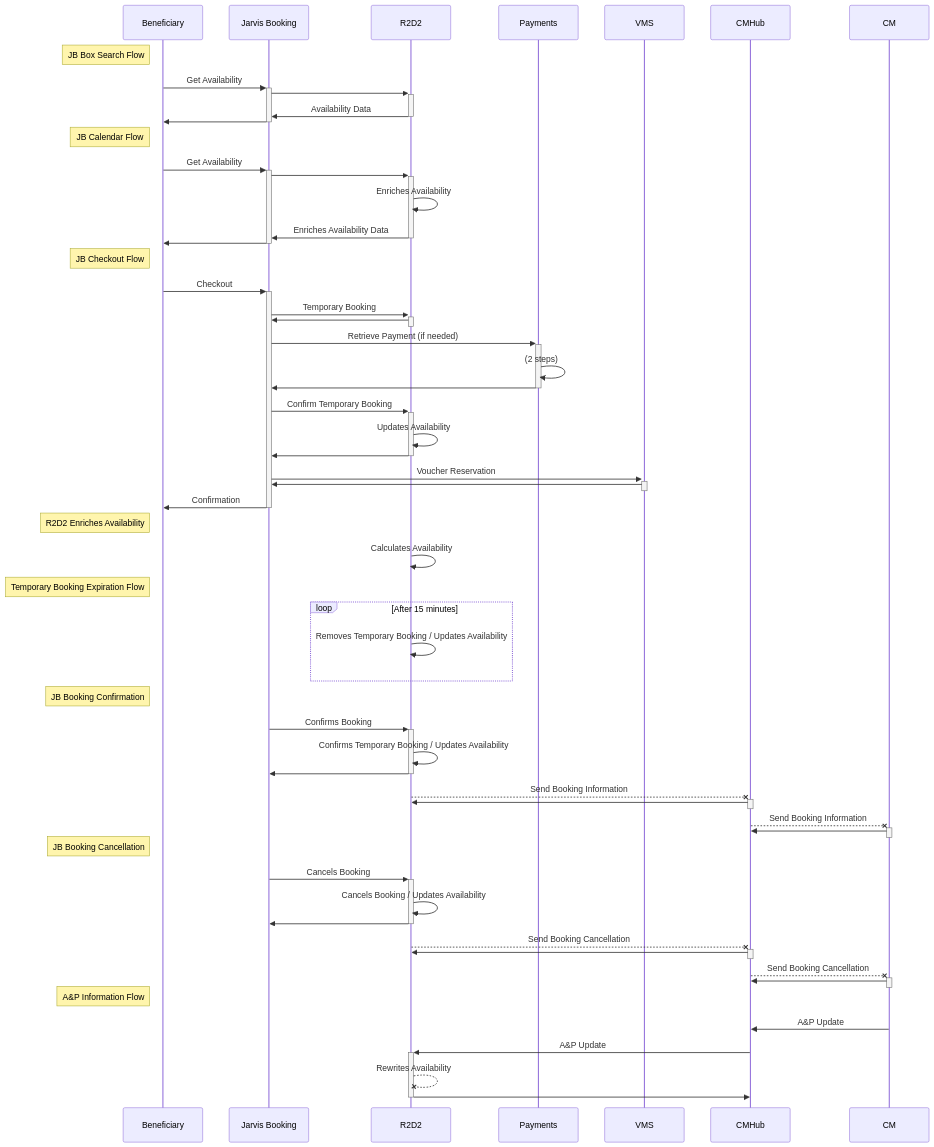
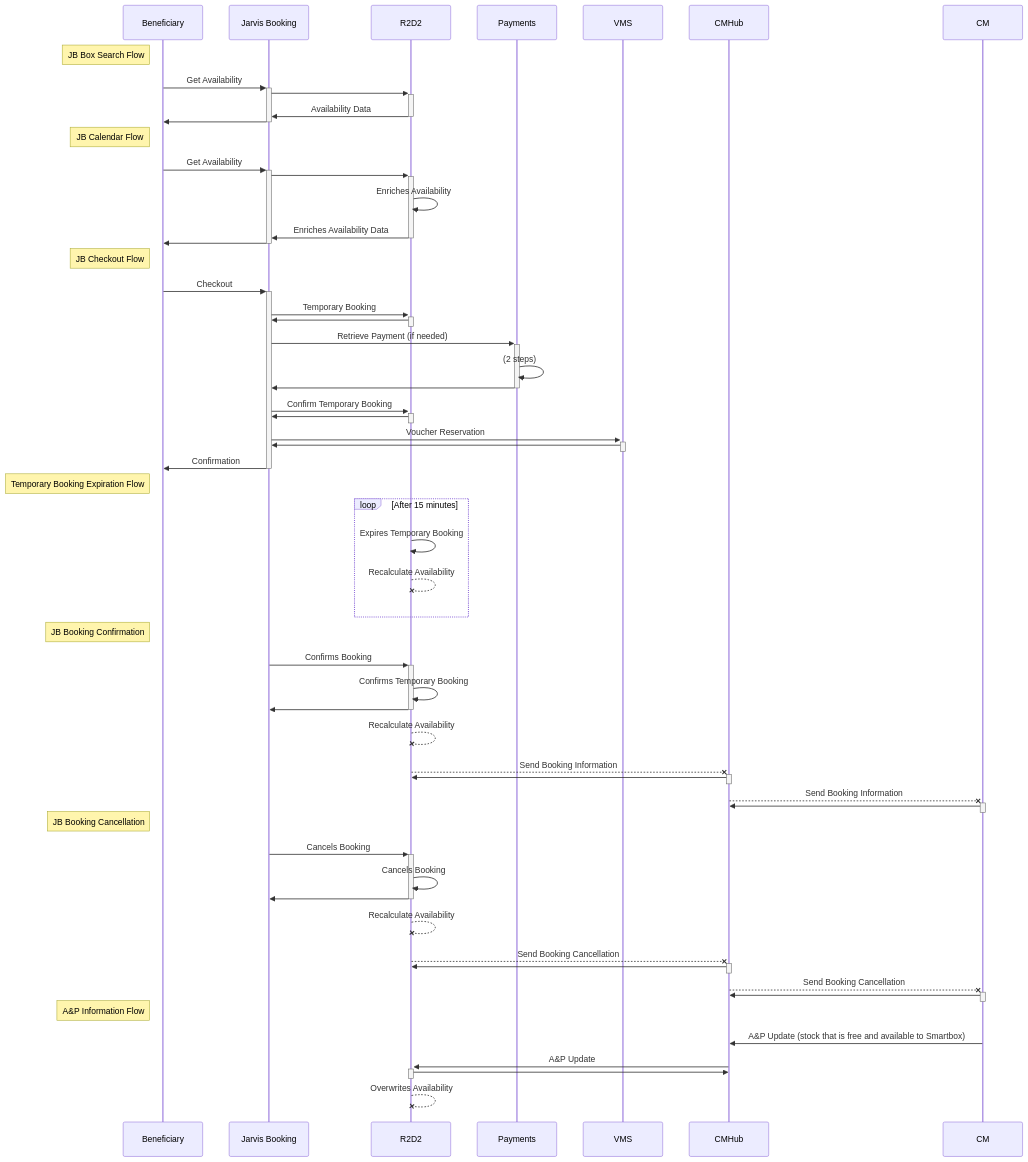
One commit to xwind1999/r2d2 changed the diagram in docs/architecture/diagram/high-level-sequence-diagram.mmd. Above: the diagram before and after it, drawn with Mermaid. The commit also changed 1 other file, not shown here.

Commit message:
No more direct connections between R2D2 and CMHub; No more sync flows for Rooms and Bookings between R2D2 and CMHub; Update flows; Reasons.

```diff
--- a/docs/architecture/diagram/high-level-sequence-diagram.mmd
+++ b/docs/architecture/diagram/high-level-sequence-diagram.mmd
@@ -1,60 +1,59 @@
 sequenceDiagram
 
 Note left of Beneficiary: JB Box Search Flow
   Beneficiary->>+Jarvis Booking: Get Availability;
   Jarvis Booking->>+R2D2: ;
   R2D2->>-Jarvis Booking: Availability Data;
   Jarvis Booking->>-Beneficiary: ;
 
 Note left of Beneficiary: JB Calendar Flow
   Beneficiary->>+Jarvis Booking: Get Availability;
   Jarvis Booking->>+R2D2: ;
   R2D2->>R2D2: Enriches Availability;
   R2D2->>-Jarvis Booking: Enriches Availability Data;
   Jarvis Booking->>-Beneficiary: ;
 
 Note left of Beneficiary: JB Checkout Flow
   Beneficiary->>+Jarvis Booking: Checkout;
   Jarvis Booking->>+R2D2: Temporary Booking;
   R2D2->>-Jarvis Booking: ;
   Jarvis Booking->>+Payments: Retrieve Payment (if needed);
   Payments->>Payments: (2 steps);
   Payments->>-Jarvis Booking: ;
   Jarvis Booking->>+R2D2: Confirm Temporary Booking;
-  R2D2->>R2D2: Updates Availability
   R2D2->>-Jarvis Booking: ;
   Jarvis Booking->>+VMS: Voucher Reservation;
   VMS->>-Jarvis Booking: ;
   Jarvis Booking->>-Beneficiary: Confirmation;
 
-Note left of Beneficiary: R2D2 Enriches Availability
-  R2D2->>R2D2: Calculates Availability;
-
 Note left of Beneficiary: Temporary Booking Expiration Flow
   loop After 15 minutes
-    R2D2->>R2D2: Removes Temporary Booking / Updates Availability;
+    R2D2->>R2D2: Expires Temporary Booking;
+    R2D2--xR2D2: Recalculate Availability;
   end
 
 Note left of Beneficiary: JB Booking Confirmation
   Jarvis Booking->>+R2D2: Confirms Booking
-  R2D2->>R2D2: Confirms Temporary Booking / Updates Availability;
+  R2D2->>R2D2: Confirms Temporary Booking;
   R2D2->>-Jarvis Booking: ;
+  R2D2--xR2D2: Recalculate Availability;
   R2D2--x+CMHub: Send Booking Information
   CMHub->>-R2D2: ;
   CMHub--x+CM: Send Booking Information;
   CM->>-CMHub: ;
 
 Note left of Beneficiary: JB Booking Cancellation
   Jarvis Booking->>+R2D2: Cancels Booking
-  R2D2->>R2D2: Cancels Booking / Updates Availability;
+  R2D2->>R2D2: Cancels Booking
   R2D2->>-Jarvis Booking: ;
+  R2D2--xR2D2: Recalculate Availability;
   R2D2--x+CMHub: Send Booking Cancellation
   CMHub->>-R2D2: ;
   CMHub--x+CM: Send Booking Cancellation;
   CM->>-CMHub: ;
 
 Note left of Beneficiary: A&P Information Flow
-  CM->>CMHub: A&P Update;
+  CM->>CMHub: A&P Update (stock that is free and available to Smartbox);
   CMHub->>+R2D2: A&P Update;
-  R2D2--xR2D2: Rewrites Availability;
   R2D2->>-CMHub: ;
+  R2D2--xR2D2: Overwrites Availability;
```
